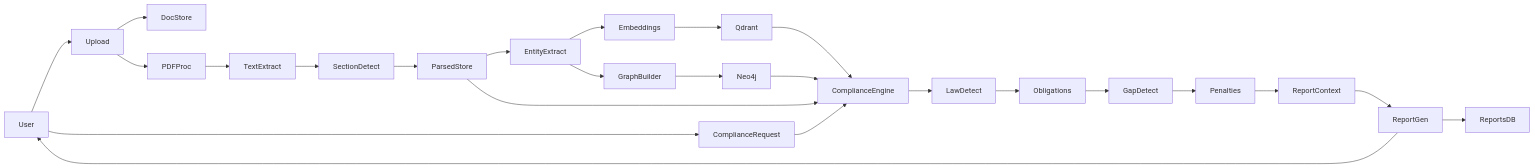
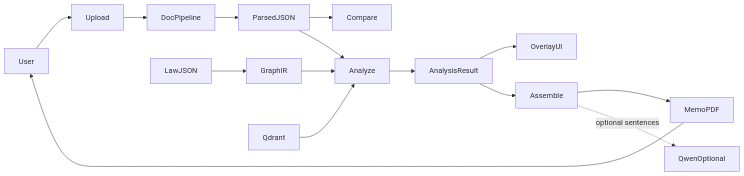
Before and after one commit to SohamSurve22/PolarisTest: the diagram in plan.md, drawn with Mermaid. The commit also changed other lines of this file and 40 other files, not shown here.

````diff
--- a/plan.md
+++ b/plan.md
@@ -9,13 +9,16 @@
 ```mermaid
 flowchart LR
-  User --> Upload --> DocStore
-  Upload --> PDFProc --> TextExtract --> SectionDetect --> ParsedStore
-  ParsedStore --> EntityExtract --> Embeddings --> Qdrant
-  EntityExtract --> GraphBuilder --> Neo4j
-  User --> ComplianceRequest --> ComplianceEngine
-  ParsedStore --> ComplianceEngine
-  Qdrant --> ComplianceEngine
-  Neo4j --> ComplianceEngine
-  ComplianceEngine --> LawDetect --> Obligations --> GapDetect --> Penalties --> ReportContext --> ReportGen --> ReportsDB
-  ReportGen --> User
+  User --> Upload
+  Upload --> DocPipeline --> ParsedJSON
+  ParsedJSON --> Compare
+  LawJSON --> GraphIR
+  GraphIR --> Analyze
+  Qdrant --> Analyze
+  ParsedJSON --> Analyze
+  Analyze --> AnalysisResult
+  AnalysisResult --> OverlayUI
+  AnalysisResult --> Assemble
+  Assemble --> MemoPDF
+  Assemble -.->|optional sentences| QwenOptional
+  MemoPDF --> User
 ```
````
